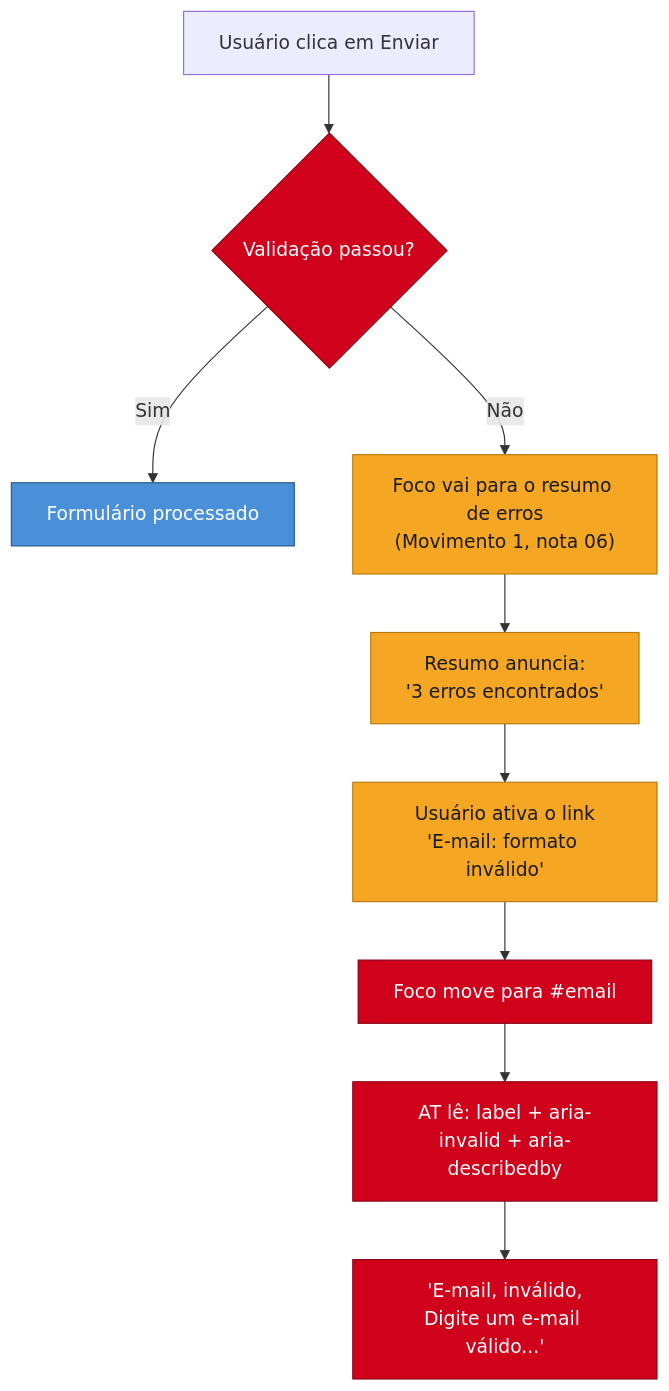
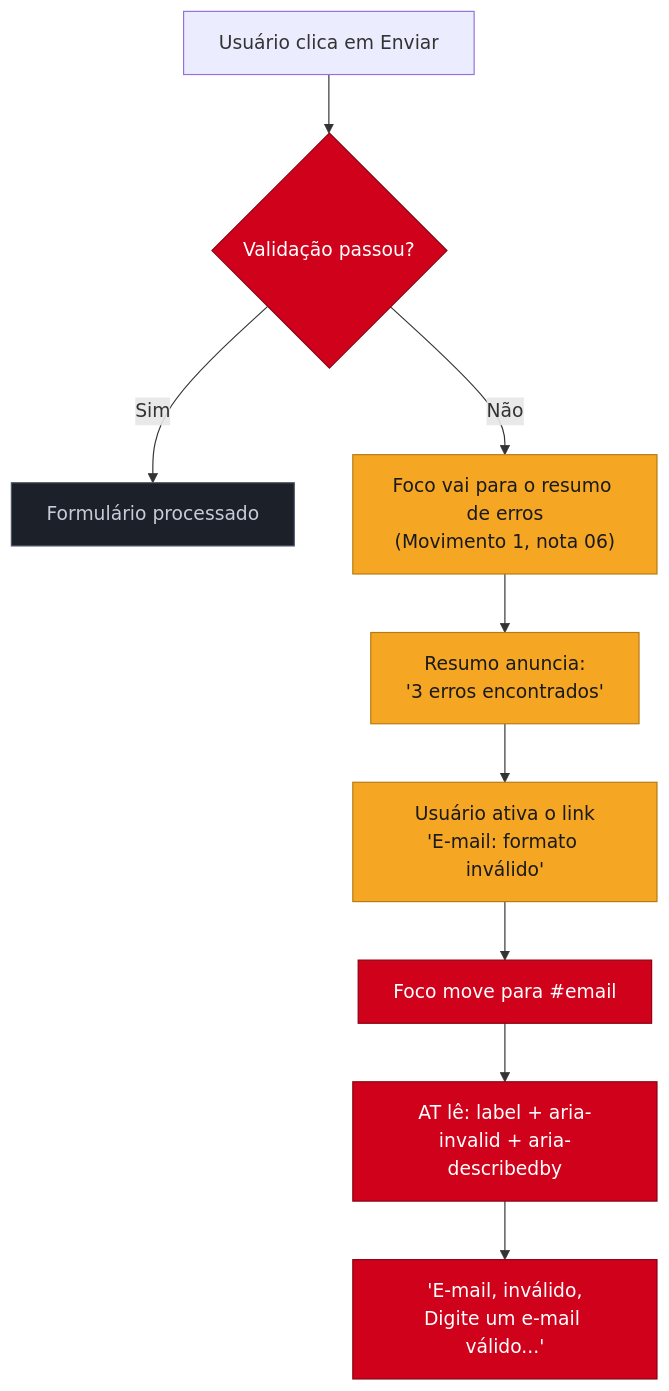
One commit to josenaldo/codex-technomanticus changed the diagram in 03-Dominios/Tecnologia/Acessibilidade/Construir Acessível/07 - Formulários acessíveis de verdade.md. Above: the diagram before and after it, drawn with Mermaid. The commit also changed 601 other files, not shown here.

````diff
--- a/03-Dominios/Tecnologia/Acessibilidade/Construir Acessível/07 - Formulários acessíveis de verdade.md
+++ b/03-Dominios/Tecnologia/Acessibilidade/Construir Acessível/07 - Formulários acessíveis de verdade.md
@@ -125,19 +125,19 @@
 ```mermaid
 flowchart TD
-    classDef ok fill:#4A90D9,color:#fff,stroke:#2A5A8A
+    classDef neutro fill:#1B2029,stroke:#4E5666,color:#C6CCD8
     classDef atencao fill:#F5A623,color:#1a1a1a,stroke:#B67A10
     classDef erro fill:#D0021B,color:#fff,stroke:#8A0112
     A["Usuário clica em Enviar"] --> B{"Validação passou?"}
     B -->|"Sim"| C["Formulário processado"]
     B -->|"Não"| D["Foco vai para o resumo de erros<br/>(Movimento 1, nota 06)"]
     D --> E["Resumo anuncia:<br/>'3 erros encontrados'"]
     E --> F["Usuário ativa o link<br/>'E-mail: formato inválido'"]
     F --> G["Foco move para #email"]
     G --> H["AT lê: label + aria-invalid + aria-describedby"]
     H --> I["'E-mail, inválido,<br/>Digite um e-mail válido...'"]
 
 
-    class C ok
+    class C neutro
     class D,E,F atencao
     class B,G,H,I erro
 ```
````
